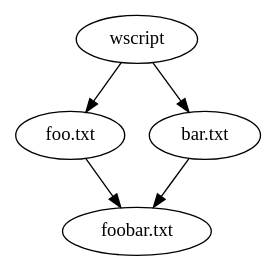
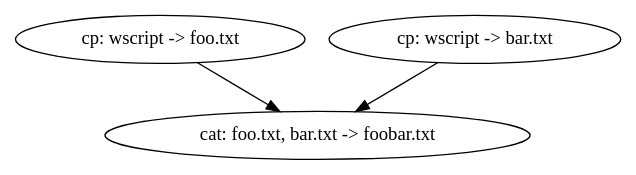
Before and after one commit to silnrsi/smith: the diagram in docs/book/dag_tasks.dot, drawn with Graphviz. The commit also changed 1 other file, not shown here.

```diff
--- a/docs/book/dag_tasks.dot
+++ b/docs/book/dag_tasks.dot
@@ -1,11 +1,8 @@
 digraph G {
 
-	foo     [label="foo.txt"]
-	bar     [label="bar.txt"]
-	wscript [label="wscript"]
-	foobar  [label="foobar.txt"]
-	wscript -> foo;
-	wscript -> bar;
-	foo -> foobar;
-	bar -> foobar;
+	A [label="cp: wscript -> foo.txt"]
+	B [label="cp: wscript -> bar.txt"]
+	C [label="cat: foo.txt, bar.txt -> foobar.txt"]
+	A -> C;
+	B -> C;
 }
```
